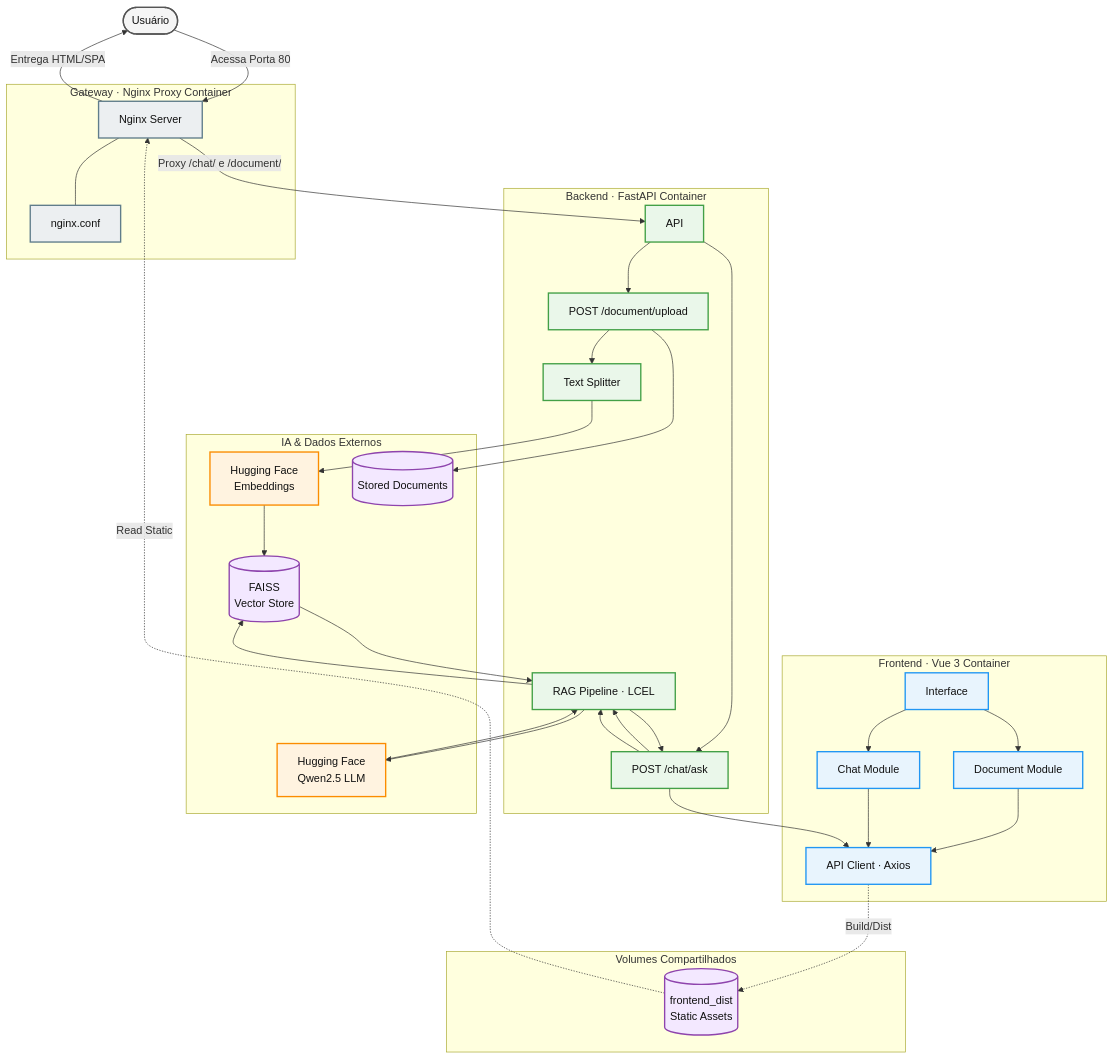
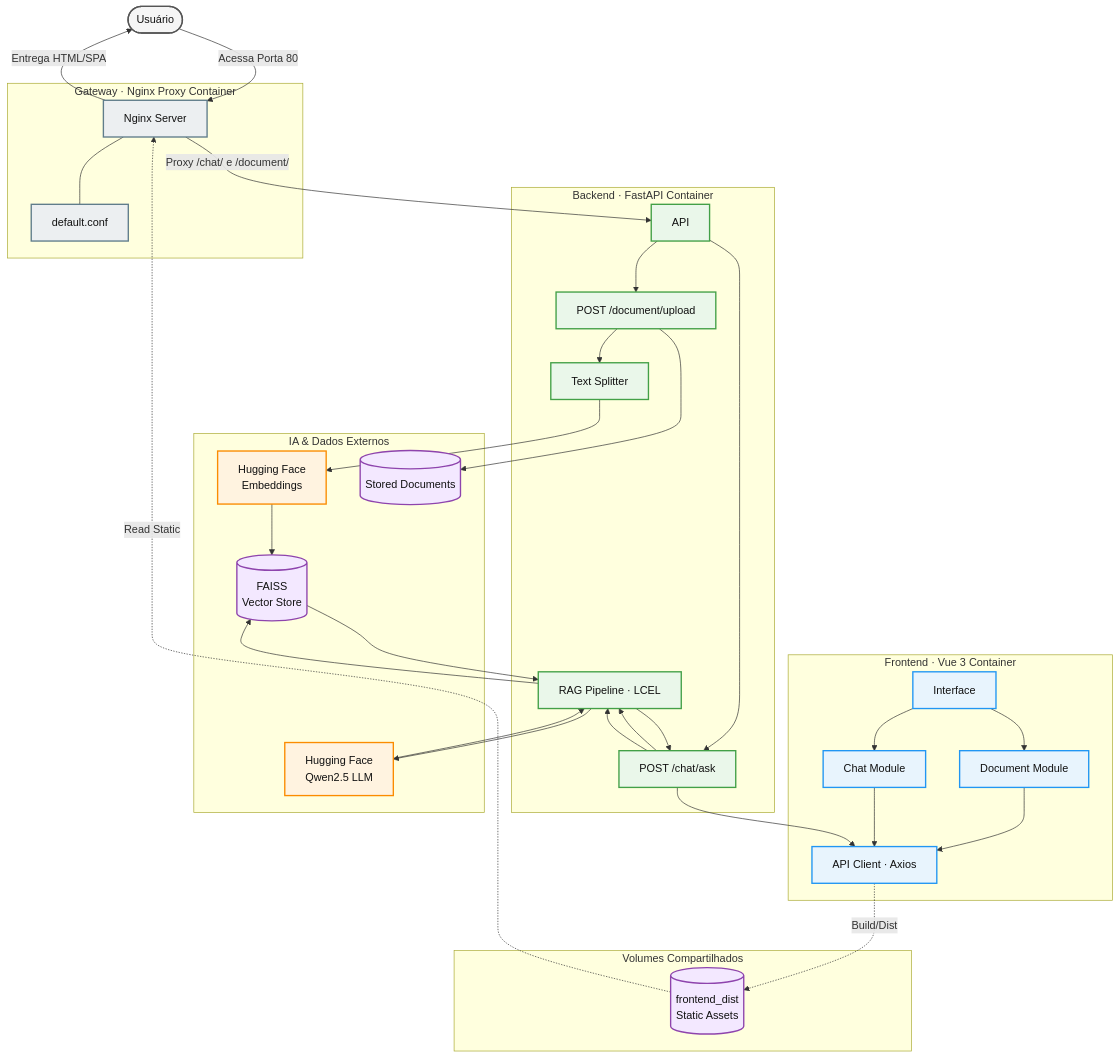
One commit to rubensrabelo/challenge-one-alura-agente changed the first of 2 diagrams in docs/ARCHITECTURE.md. Above: the diagram before and after it, drawn with Mermaid. The commit also changed other lines of this file, not shown here.

Commit message:
docs: realign architecture file cloud topology to match vercel and render multicloud mesh

````diff
--- a/docs/ARCHITECTURE.md
+++ b/docs/ARCHITECTURE.md
@@ -13,82 +13,82 @@
 ```mermaid
 flowchart TB
     U([Usuário])
 
     subgraph PROXY["Gateway · Nginx Proxy Container"]
         NGX["Nginx Server"]
-        CONF["nginx.conf"]
+        CONF["default.conf"]
         NGX --- CONF
     end
 
     subgraph FRONT["Frontend · Vue 3 Container"]
         UI["Interface"]
         DOC["Document Module"]
         CHAT["Chat Module"]
         API["API Client · Axios"]
 
         UI --> DOC
         UI --> CHAT
         DOC --> API
         CHAT --> API
     end
 
     subgraph VOL["Volumes Compartilhados"]
         V_DIST[("frontend_dist<br/>Static Assets")]
     end
 
     subgraph BACK["Backend · FastAPI Container"]
         MAIN["API"]
         UPLOAD["POST /document/upload"]
         ASK["POST /chat/ask"]
         SPLIT["Text Splitter"]
         RAG["RAG Pipeline · LCEL"]
 
         MAIN --> UPLOAD
         MAIN --> ASK
         UPLOAD --> SPLIT
         ASK --> RAG
     end
 
     subgraph AI["IA & Dados Externos"]
         EMB["Hugging Face<br/>Embeddings"]
         FAISS[("FAISS<br/>Vector Store")]
         LLM["Hugging Face<br/>Qwen2.5 LLM"]
         DOCS[("Stored Documents")]
     end
 
     %% Fluxo de Inicialização e Assets
     API -.->|Build/Dist| V_DIST
     V_DIST -.->|Read Static| NGX
 
     %% Fluxo de Tráfego do Usuário
     U -->|Acessa Porta 80| NGX
     NGX -->|Entrega HTML/SPA| U
     NGX -->|Proxy /chat/ e /document/| MAIN
 
     UPLOAD --> DOCS
     SPLIT --> EMB
     EMB --> FAISS
 
     RAG --> FAISS
     FAISS --> RAG
     RAG --> LLM
     LLM --> RAG
 
     ASK --> RAG
     RAG --> ASK
     ASK --> API
 
     classDef frontend fill:#e8f4fd,stroke:#2196f3,stroke-width:2px,color:#111
     classDef backend fill:#eaf7ea,stroke:#43a047,stroke-width:2px,color:#111
     classDef ai fill:#fff3e0,stroke:#fb8c00,stroke-width:2px,color:#111
     classDef data fill:#f3e8ff,stroke:#8e44ad,stroke-width:2px,color:#111
     classDef user fill:#f5f5f5,stroke:#555,stroke-width:2px,color:#111
     classDef proxy fill:#eceff1,stroke:#607d8b,stroke-width:2px,color:#111
 
     class U user
     class UI,DOC,CHAT,API frontend
     class MAIN,UPLOAD,ASK,SPLIT,RAG backend
     class EMB,LLM ai
     class FAISS,DOCS,V_DIST data
     class NGX,CONF proxy
 ```
````
